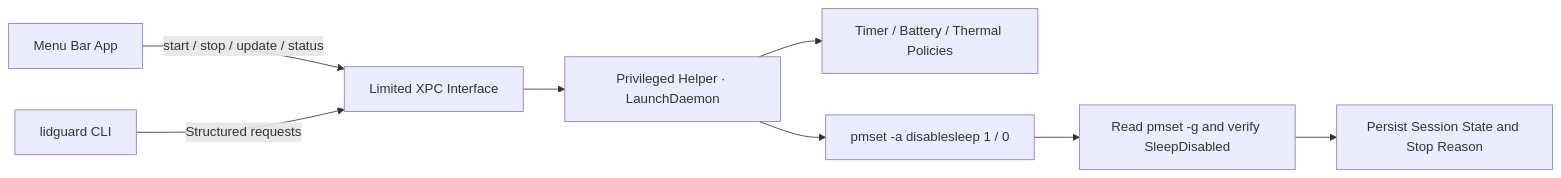
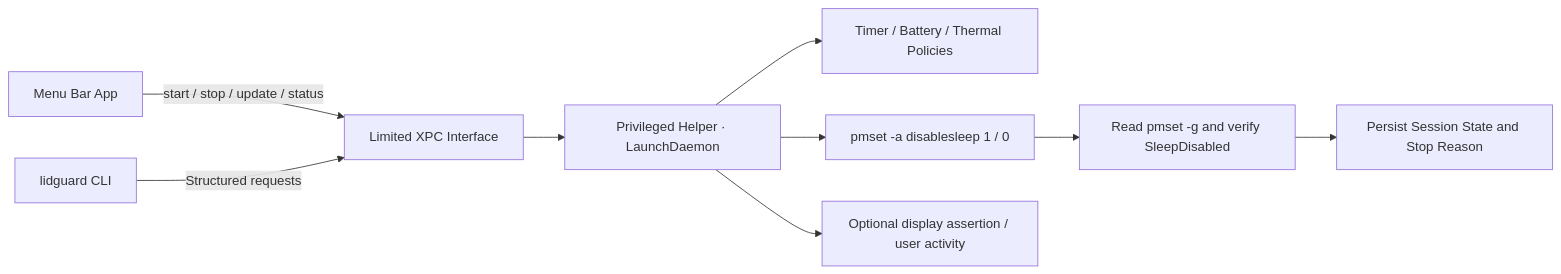
One commit to aermin/LidGuard changed the diagram in README.md. Above: the diagram before and after it, drawn with Mermaid. The commit also changed other lines of this file and 17 other files, not shown here.

````diff
--- a/README.md
+++ b/README.md
@@ -248,10 +259,11 @@
 ```mermaid
 flowchart LR
     App["Menu Bar App"] -->|"start / stop / update / status"| XPC["Limited XPC Interface"]
     CLI["lidguard CLI"] -->|"Structured requests"| XPC
     XPC --> Helper["Privileged Helper · LaunchDaemon"]
     Helper --> Policy["Timer / Battery / Thermal Policies"]
     Helper --> PM["pmset -a disablesleep 1 / 0"]
+    Helper --> IOKit["Optional display assertion / user activity"]
     PM --> Verify["Read pmset -g and verify SleepDisabled"]
     Verify --> State["Persist Session State and Stop Reason"]
 ```
````
